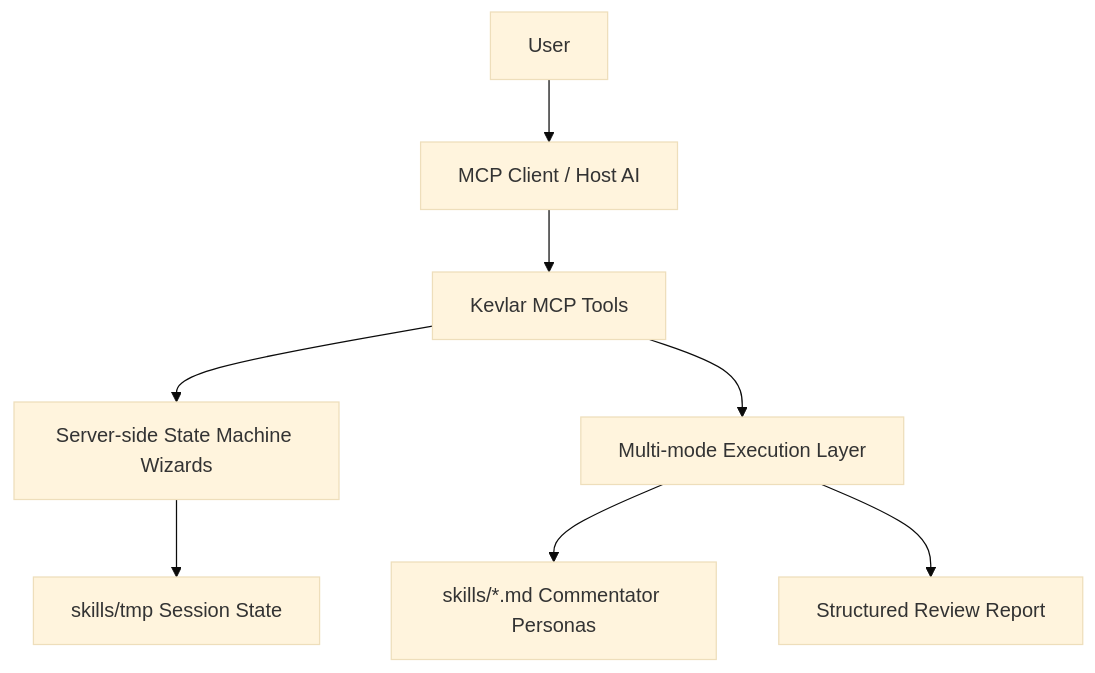
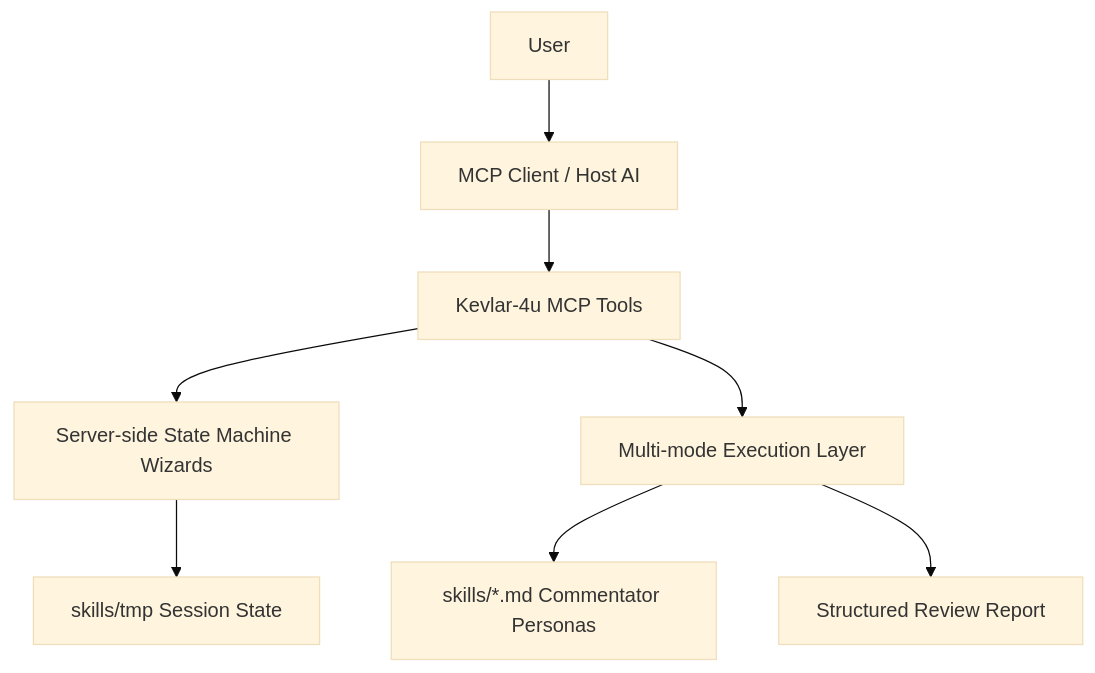
The third of 3 diagrams in README.md (ChurzeXo/kevlar-4u), drawn with Mermaid (base theme) before and after one commit. The commit also changed other lines of this file and 32 other files, not shown here.

````diff
--- a/README.md
+++ b/README.md
@@ -242,10 +242,10 @@
 ```mermaid
 flowchart TD
   User["User"] --> Client["MCP Client / Host AI"]
-  Client --> Tools["Kevlar MCP Tools"]
+  Client --> Tools["Kevlar-4u MCP Tools"]
   Tools --> Wizards["Server-side State Machine Wizards"]
   Tools --> Execution["Multi-mode Execution Layer"]
   Wizards --> Tmp["skills/tmp Session State"]
   Execution --> Personas["skills/*.md Commentator Personas"]
   Execution --> Report["Structured Review Report"]
 ```
````
